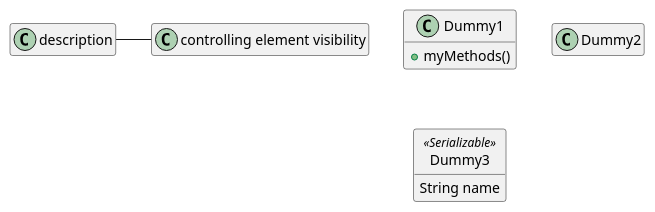
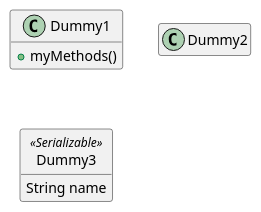
One commit to sogeuni/_wiki changed diagram 16 of 38 in PlantUML/클래스-다이어그램.md. Above: the diagram before and after it, drawn with PlantUML. The commit also changed other lines of this file, not shown here.

Commit message:
Updated 클래스 다이어그램 (markdown)

```diff
--- a/PlantUML/클래스-다이어그램.md
+++ b/PlantUML/클래스-다이어그램.md
@@ -577,20 +562,19 @@
 @startuml
-description - "controlling element visibility"
 class Dummy1 {
   +myMethods()
 }
 
 class Dummy2 {
   +hiddenMethod()
 }
 
 class Dummy3 <<Serializable>> {
   String name
 }
 
 hide members
 hide <<Serializable>> circle
 show Dummy1 methods
 show <<Serializable>> fields
 
 @enduml
```
